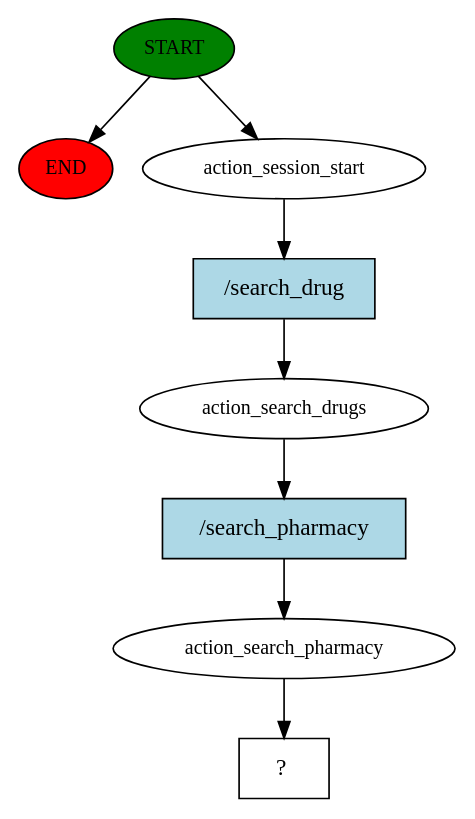
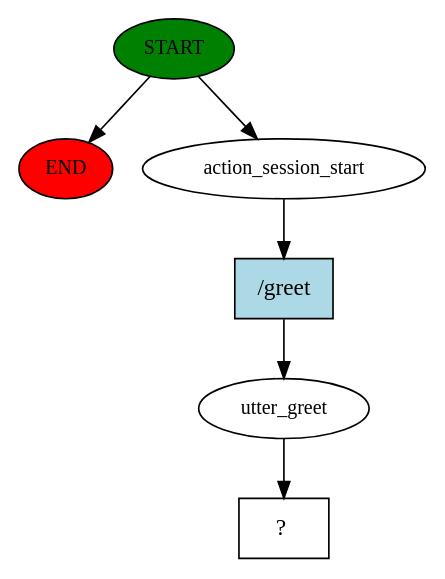
The diagram in RasaFM/story_graph.dot (bire2323/MedFinder), drawn with Graphviz before and after one commit. The commit also changed 31 other files, not shown here.

```diff
--- a/RasaFM/story_graph.dot
+++ b/RasaFM/story_graph.dot
@@ -1,17 +1,13 @@
 digraph  {
 0 [class="start active", fillcolor=green, fontsize=12, label=START, style=filled];
 "-1" [class=end, fillcolor=red, fontsize=12, label=END, style=filled];
 1 [class=active, fontsize=12, label=action_session_start];
-2 [class=active, fontsize=12, label=action_search_drugs];
-3 [class=active, fontsize=12, label=action_search_pharmacy];
-4 [class="intent dashed active", label="  ?  ", shape=rect];
-5 [class="intent active", fillcolor=lightblue, label="/search_drug", shape=rect, style=filled];
-6 [class="intent active", fillcolor=lightblue, label="/search_pharmacy", shape=rect, style=filled];
+2 [class=active, fontsize=12, label=utter_greet];
+3 [class="intent dashed active", label="  ?  ", shape=rect];
+4 [class="intent active", fillcolor=lightblue, label="/greet", shape=rect, style=filled];
 0 -> "-1"  [class="", key=NONE, label=""];
 0 -> 1  [class=active, key=NONE, label=""];
-1 -> 5  [class=active, key=0];
-2 -> 6  [class=active, key=0];
-3 -> 4  [class=active, key=NONE, label=""];
-5 -> 2  [class=active, key=0];
-6 -> 3  [class=active, key=0];
+1 -> 4  [class=active, key=0];
+2 -> 3  [class=active, key=NONE, label=""];
+4 -> 2  [class=active, key=0];
 }
```
